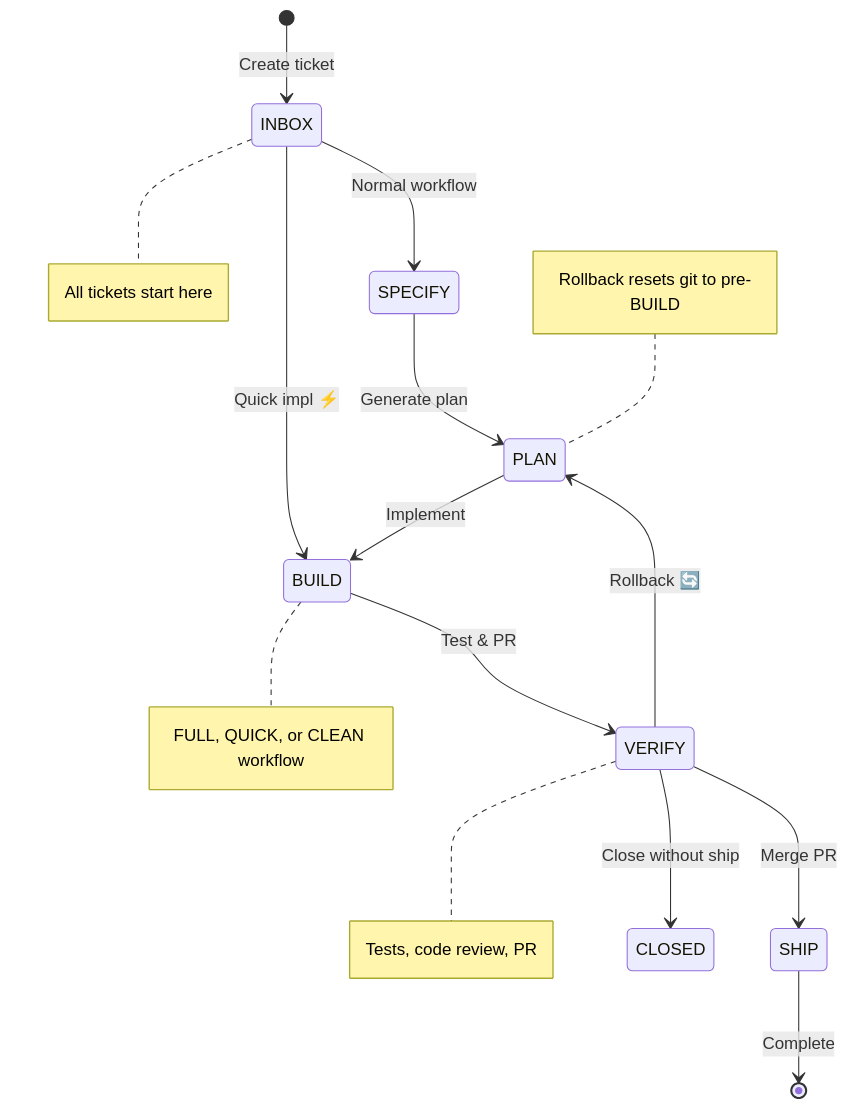
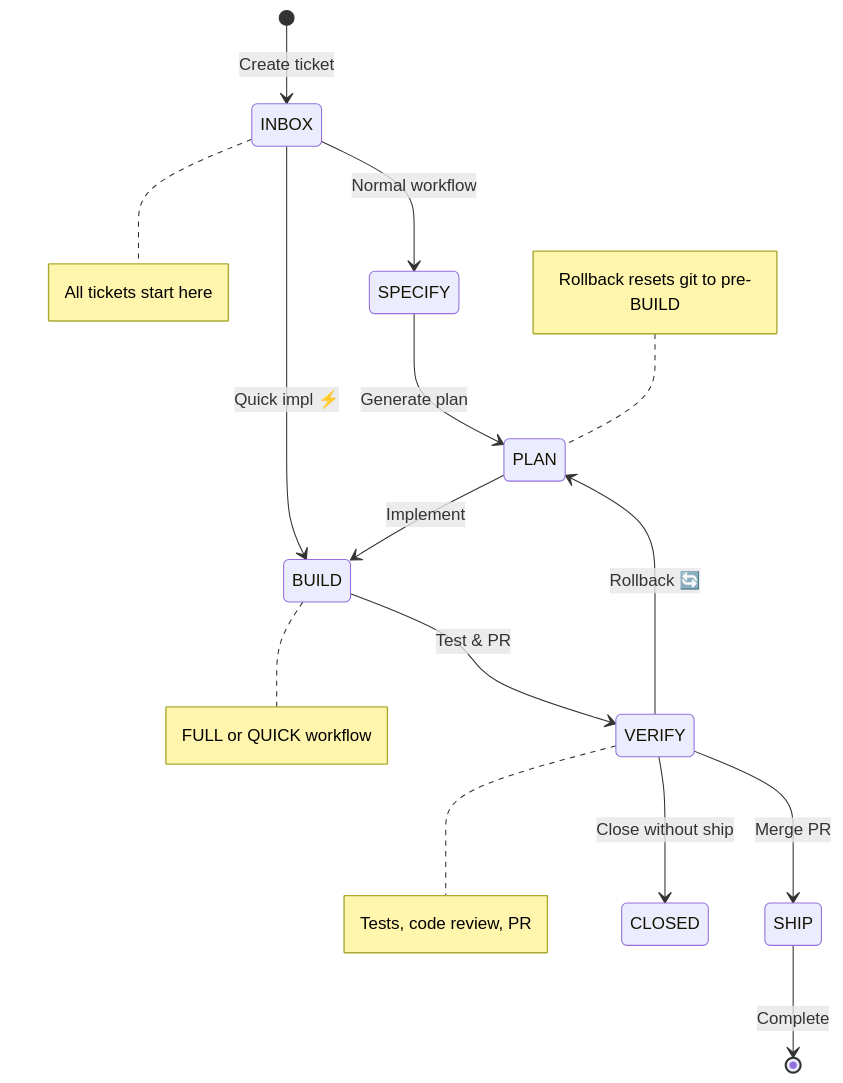
One commit to bfernandez31/ai-board changed the diagram in specs/specifications/functional/02-ticket-management.md. Above: the diagram before and after it, drawn with Mermaid. The commit also changed other lines of this file and 9 other files, not shown here.

First line of the commit message:
docs(ticket-AIB-407): sync specifications and tests after clean workflow removal

````diff
--- a/specs/specifications/functional/02-ticket-management.md
+++ b/specs/specifications/functional/02-ticket-management.md
@@ -9,23 +9,23 @@
 ```mermaid
 stateDiagram-v2
     [*] --> INBOX: Create ticket
 
     INBOX --> SPECIFY: Normal workflow
     INBOX --> BUILD: Quick impl ⚡
 
     SPECIFY --> PLAN: Generate plan
     PLAN --> BUILD: Implement
 
     BUILD --> VERIFY: Test & PR
 
     VERIFY --> PLAN: Rollback 🔄
     VERIFY --> SHIP: Merge PR
     VERIFY --> CLOSED: Close without ship
 
     SHIP --> [*]: Complete
 
     note right of INBOX: All tickets start here
-    note right of BUILD: FULL, QUICK, or CLEAN workflow
+    note right of BUILD: FULL or QUICK workflow
     note right of VERIFY: Tests, code review, PR
     note left of PLAN: Rollback resets git to pre-BUILD
 ```
````
